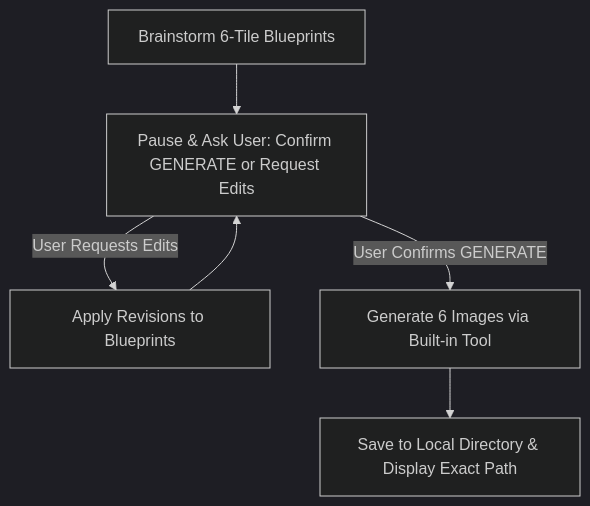
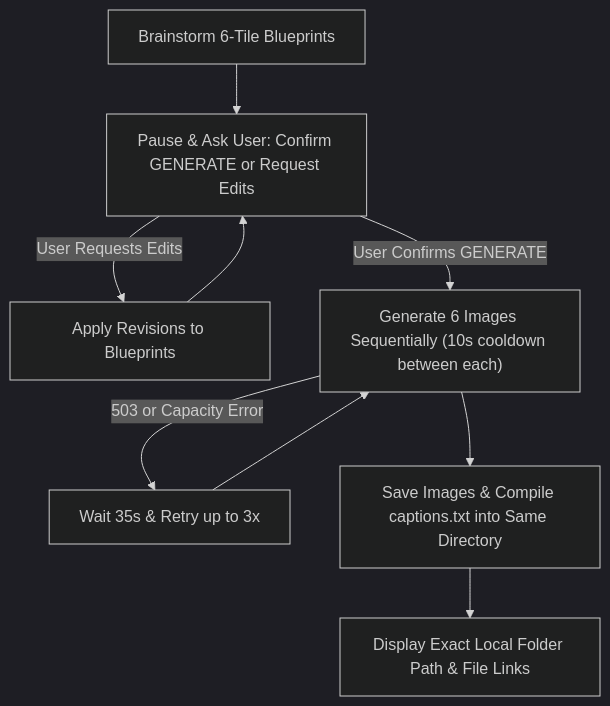
The diagram in README.md (fryawhd-ctrl/ig-grid-brainstorm), drawn with Mermaid (dark theme) before and after one commit. The commit also changed other lines of this file and 1 other file, not shown here.

Commit message:
Add sequential image generation and 503 capacity retry logic

````diff
--- a/README.md
+++ b/README.md
@@ -32,8 +32,11 @@
 ```mermaid
 flowchart TD
     A["Brainstorm 6-Tile Blueprints"] --> B["Pause & Ask User: Confirm GENERATE or Request Edits"]
     B -->|User Requests Edits| C["Apply Revisions to Blueprints"]
     C --> B
-    B -->|User Confirms GENERATE| D["Generate 6 Images via Built-in Tool"]
-    D --> E["Save to Local Directory & Display Exact Path"]
+    B -->|User Confirms GENERATE| D["Generate 6 Images Sequentially (10s cooldown between each)"]
+    D -->|503 or Capacity Error| R["Wait 35s & Retry up to 3x"]
+    R --> D
+    D --> E["Save Images & Compile captions.txt into Same Directory"]
+    E --> F["Display Exact Local Folder Path & File Links"]
 ```
````
